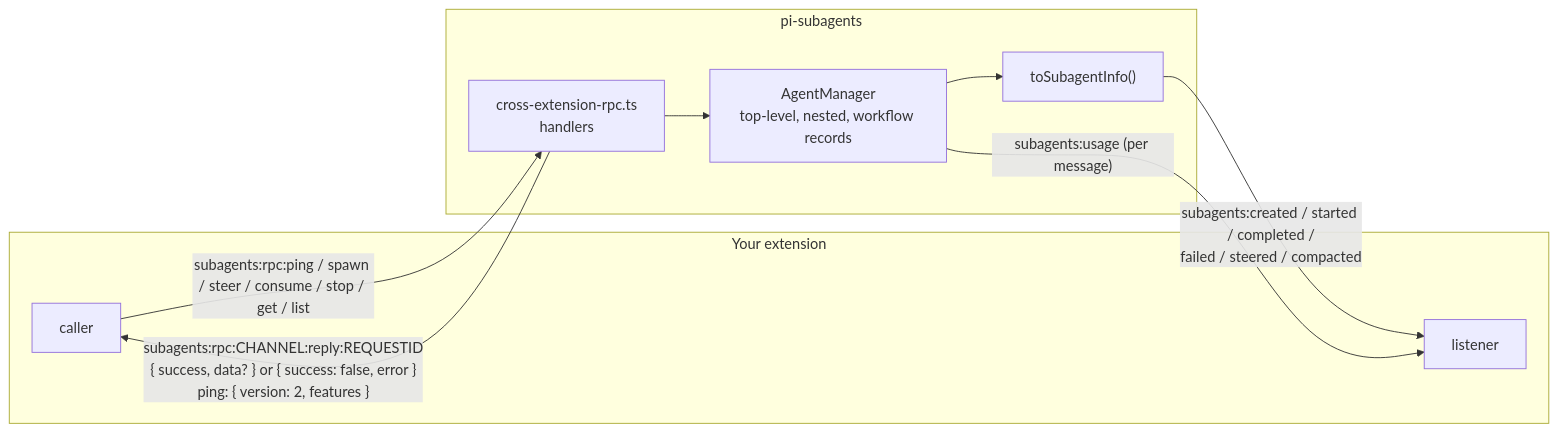
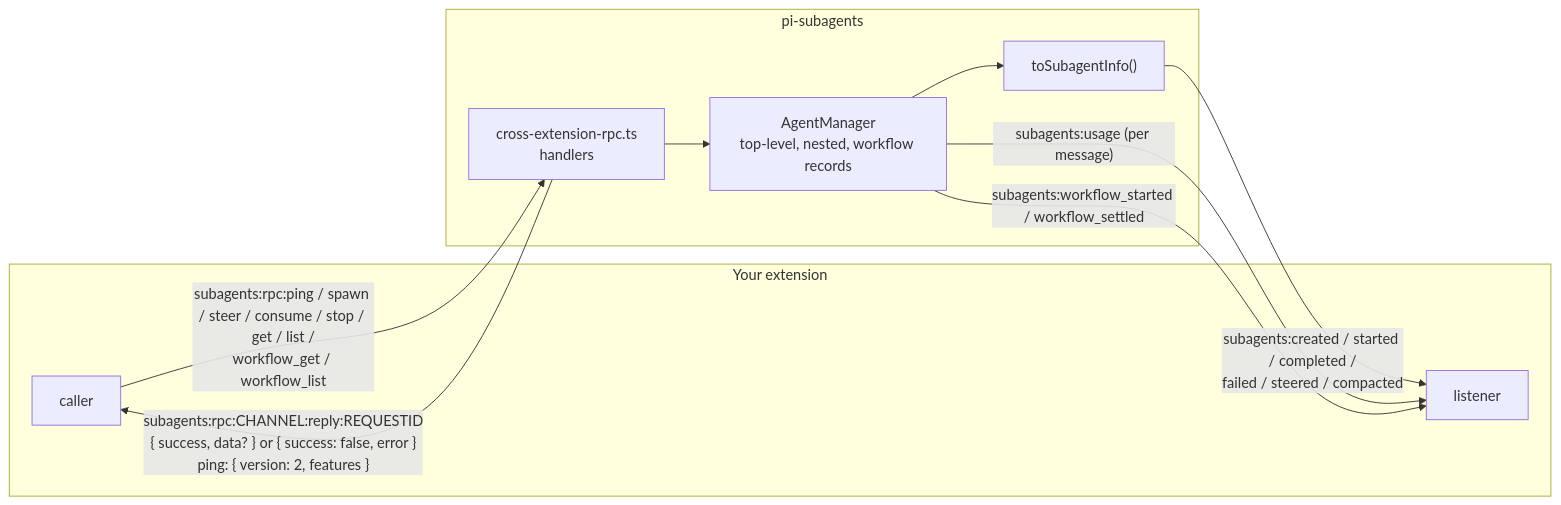
The first of 6 diagrams in docs/rpc.md (tintinweb/pi-subagents), drawn with Mermaid before and after one commit. The commit also changed other lines of this file and 9 other files, not shown here.

First line of the commit message:
feat(rpc): observe SubagentWorkflow runs on the bus (#463)

````diff
--- a/docs/rpc.md
+++ b/docs/rpc.md
@@ -13,18 +13,19 @@
 ```mermaid
 flowchart LR
   subgraph you["Your extension"]
     L["listener"]
     C["caller"]
   end
   subgraph ext["pi-subagents"]
     R["cross-extension-rpc.ts<br/>handlers"]
     M["AgentManager<br/>top-level, nested, workflow records"]
     I["toSubagentInfo()"]
   end
-  C -- "subagents:rpc:ping / spawn / steer / consume / stop / get / list" --> R
+  C -- "subagents:rpc:ping / spawn / steer / consume / stop / get / list /<br/>workflow_get / workflow_list" --> R
   R -- "subagents:rpc:CHANNEL:reply:REQUESTID<br/>{ success, data? } or { success: false, error }<br/>ping: { version: 2, features }" --> C
   R --> M
   M --> I
   I -- "subagents:created / started / completed /<br/>failed / steered / compacted" --> L
   M -- "subagents:usage (per message)" --> L
+  M -- "subagents:workflow_started / workflow_settled" --> L
 ```
````
